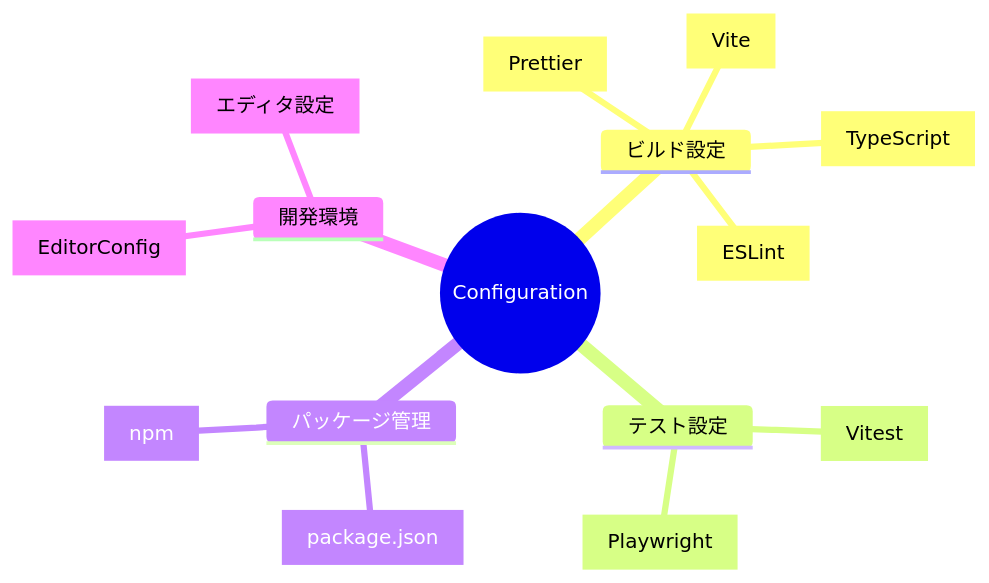
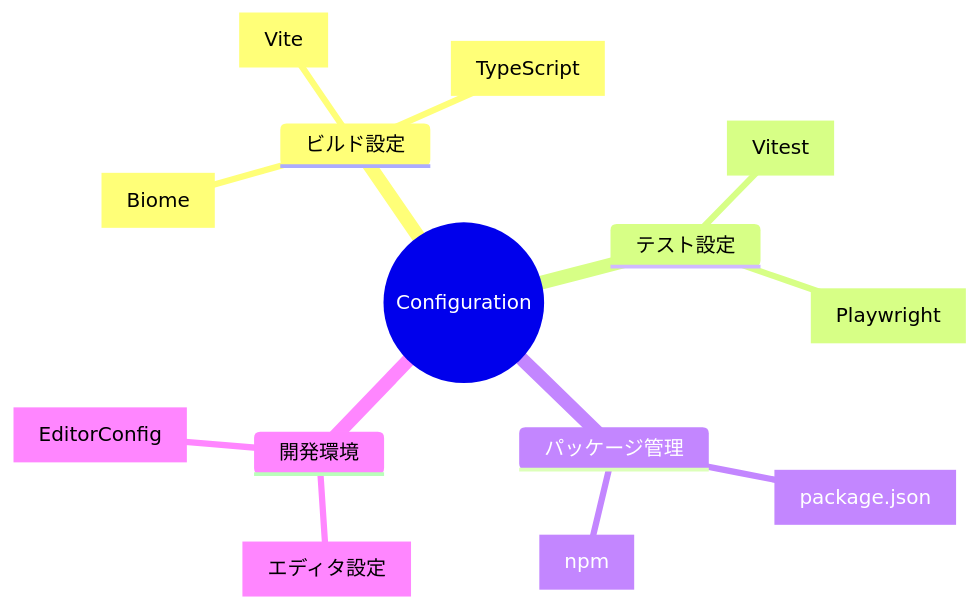
One commit to takeokunn/ts-minecraft changed the diagram in docs/reference/configuration/README.md. Above: the diagram before and after it, drawn with Mermaid. The commit also changed other lines of this file and 22 other files, not shown here.

````diff
--- a/docs/reference/configuration/README.md
+++ b/docs/reference/configuration/README.md
@@ -19,18 +19,17 @@
 ```mermaid
 mindmap
   root((Configuration))
     ビルド設定
       [Vite]
       [TypeScript]
-      [ESLint]
-      [Prettier]
+      [Biome]
     テスト設定
       [Vitest]
       [Playwright]
     パッケージ管理
       [package.json]
       [npm]
     開発環境
       [エディタ設定]
       [EditorConfig]
 ```
````
